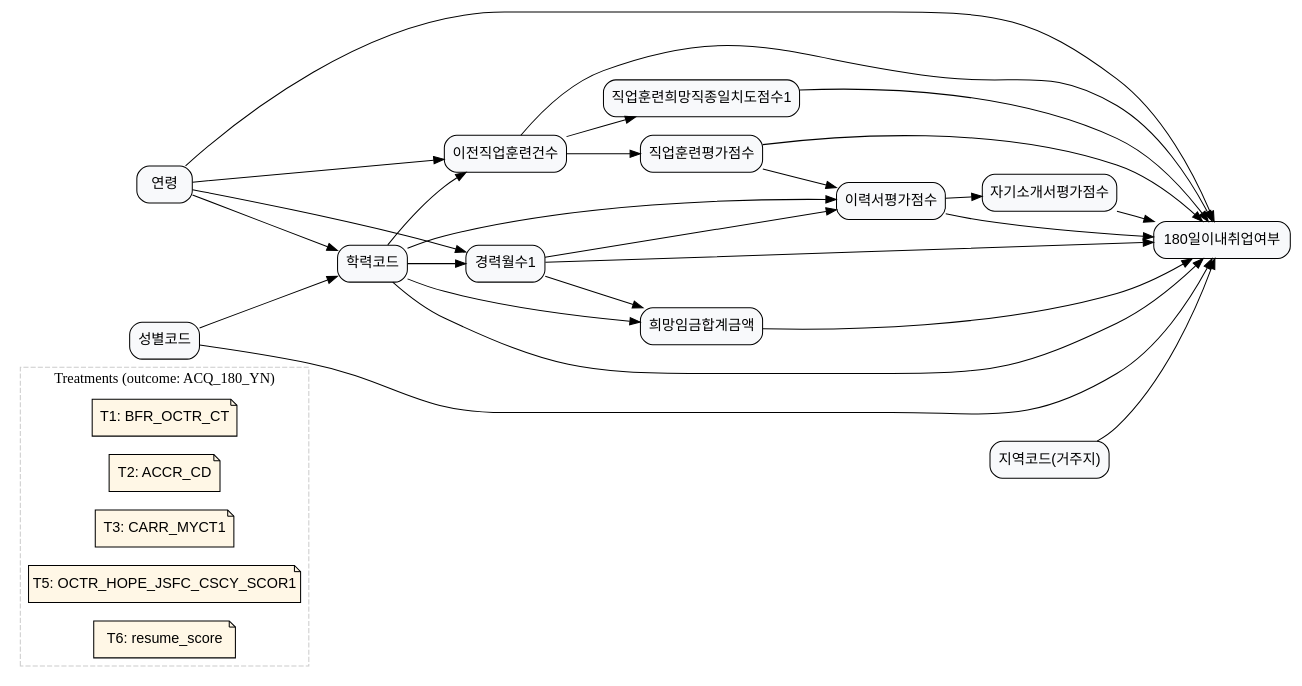
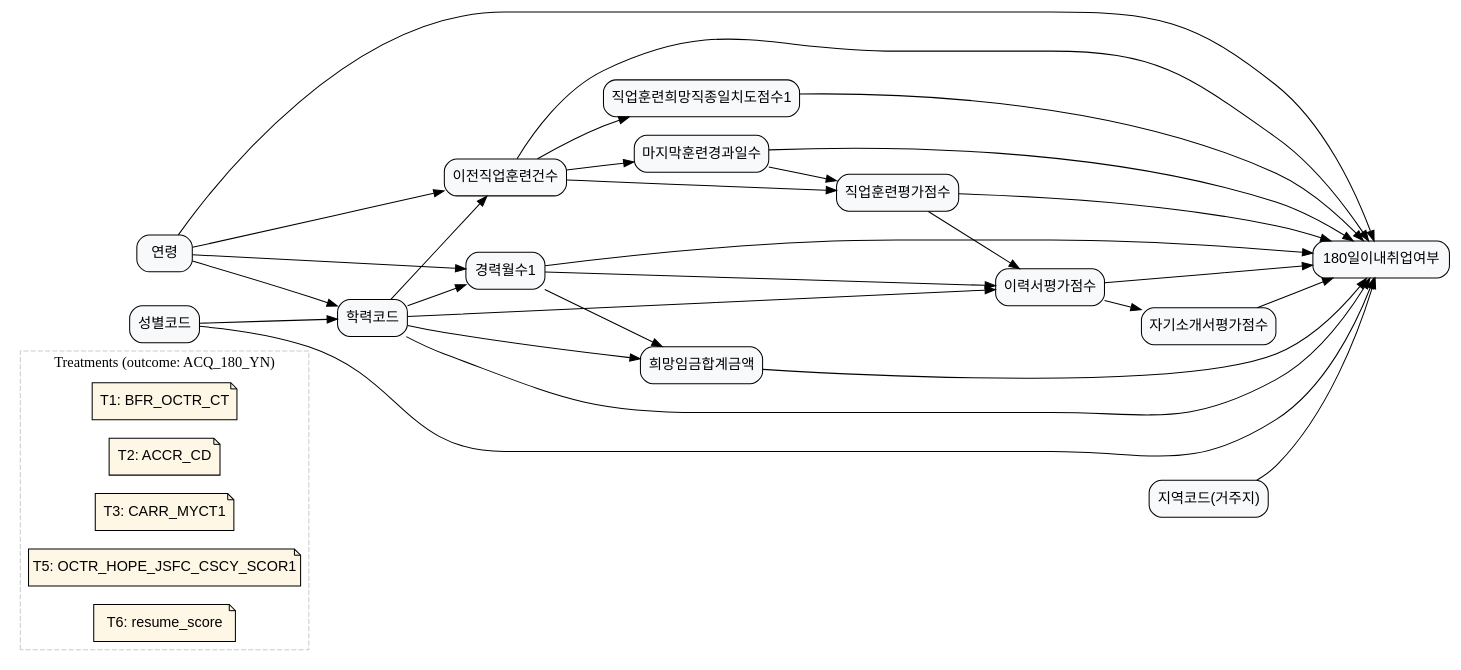
One commit to KU-LIM-Lab/dowhy-deep changed the diagram in laborlab_2/data/graph_data/graph_1.dot. Above: the diagram before and after it, drawn with Graphviz. The commit also changed 3 other files, not shown here.

```diff
--- a/laborlab_2/data/graph_data/graph_1.dot
+++ b/laborlab_2/data/graph_data/graph_1.dot
@@ -1,86 +1,90 @@
 digraph G {
 	graph [rankdir=LR];
 	node [fillcolor="#F8F9FB",
 	fontname=Helvetica,
 	shape=box,
 	style="rounded,filled"
 	];
 	subgraph cluster_treatments {
 	graph [color="#CCCCCC",
 	label="Treatments (outcome: ACQ_180_YN)",
 	style=dashed
 	];
 	node [fillcolor="#FFF7E6",
 	fontname=Helvetica,
 	shape=note,
 	style="rounded,filled"
 	];
 	T1	[label="T1: BFR_OCTR_CT",
 	role=treatment_meta,
 	treatment_def="이전직업훈련건수 수준 차이가 ACQ_180_YN(6개월 내 취업)에 미치는 인과효과",
 	treatment_name=BFR_OCTR_CT,
 	treatment_question="이전 직업훈련을 많이 받은 사람과 거의 받지 않은 사람의 6개월 내 취업 확률 차이는?",
 	treatment_var=BFR_OCTR_CT];
 	T2	[label="T2: ACCR_CD",
 	role=treatment_meta,
 	treatment_def="학력코드(최종학력) 수준 차이가 ACQ_180_YN에 미치는 인과효과",
 	treatment_name=ACCR_CD,
 	treatment_question="학력 수준이 다른 구직자 간 6개월 내 취업 확률 차이는?",
 	treatment_var=ACCR_CD];
 	T3	[label="T3: CARR_MYCT1",
 	role=treatment_meta,
 	treatment_def="희망직종1 경력 개월 수 차이가 ACQ_180_YN에 미치는 인과효과",
 	treatment_name=CARR_MYCT1,
 	treatment_question="희망직종1 관련 경력이 긴 사람과 짧은 사람의 6개월 내 취업 확률 차이는?",
 	treatment_var=CARR_MYCT1];
 	T5	[label="T5: OCTR_HOPE_JSFC_CSCY_SCOR1",
 	role=treatment_meta,
 	treatment_def="직업훈련과 희망직종 간 일치도 점수 수준 차이가 ACQ_180_YN에 미치는 인과효과",
 	treatment_name=OCTR_HOPE_JSFC_CSCY_SCOR1,
 	treatment_question="훈련-희망직종 일치도가 높은 사람과 낮은 사람의 6개월 내 취업 확률 차이는?",
 	treatment_var=OCTR_HOPE_JSFC_CSCY_SCOR1];
 	T6	[label="T6: resume_score",
 	role=treatment_meta,
 	treatment_def="이력서평가점수 수준 차이가 ACQ_180_YN에 미치는 인과효과",
 	treatment_name=resume_score,
 	treatment_question="이력서 평가 점수가 높은 사람과 낮은 사람의 6개월 내 취업 확률 차이는?",
 	treatment_var=resume_score];
 }
 	ACQ_180_YN	[label="180일이내취업여부"];
 	BFR_OCTR_CT	[label=이전직업훈련건수];
 	BFR_OCTR_CT -> ACQ_180_YN;
 	OCTR_HOPE_JSFC_CSCY_SCOR1	[label=직업훈련희망직종일치도점수1];
 	BFR_OCTR_CT -> OCTR_HOPE_JSFC_CSCY_SCOR1;
 	OCTR_HOPE_JSFC_CSCY_SCOR1 -> ACQ_180_YN;
 	ACCR_CD	[label=학력코드];
 	ACCR_CD -> ACQ_180_YN;
 	ACCR_CD -> BFR_OCTR_CT;
 	CARR_MYCT1	[label=경력월수1];
 	ACCR_CD -> CARR_MYCT1;
 	HOPE_WAGE_SM_AMT	[label=희망임금합계금액];
 	ACCR_CD -> HOPE_WAGE_SM_AMT;
 	CARR_MYCT1 -> ACQ_180_YN;
 	CARR_MYCT1 -> HOPE_WAGE_SM_AMT;
 	HOPE_WAGE_SM_AMT -> ACQ_180_YN;
 	AGE	[label=연령];
 	AGE -> ACQ_180_YN;
 	AGE -> BFR_OCTR_CT;
 	AGE -> ACCR_CD;
 	AGE -> CARR_MYCT1;
 	SXDS_CD	[label=성별코드];
 	SXDS_CD -> ACQ_180_YN;
 	SXDS_CD -> ACCR_CD;
 	AREA_CD	[label="지역코드(거주지)"];
 	AREA_CD -> ACQ_180_YN;
 	resume_score	[label=이력서평가점수];
 	ACCR_CD -> resume_score;
 	CARR_MYCT1 -> resume_score;
 	resume_score -> ACQ_180_YN;
 	cover_letter_score	[label=자기소개서평가점수];
 	resume_score -> cover_letter_score;
 	cover_letter_score -> ACQ_180_YN;
 	training_score	[label=직업훈련평가점수];
 	BFR_OCTR_CT -> training_score;
 	training_score -> ACQ_180_YN;
 	training_score -> resume_score;
+	days_last_training_to_jobseek	[label=마지막훈련경과일수];
+	BFR_OCTR_CT -> days_last_training_to_jobseek;
+	days_last_training_to_jobseek -> ACQ_180_YN;
+	days_last_training_to_jobseek -> training_score;
 }
```
